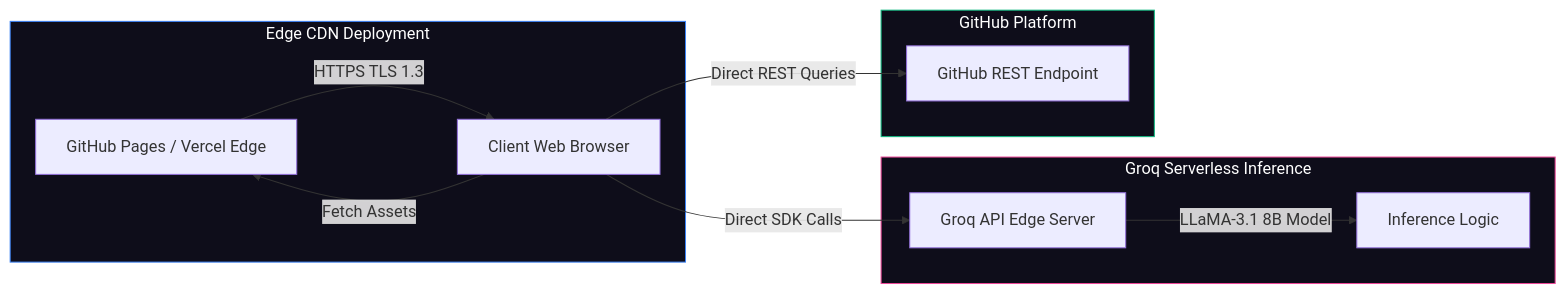
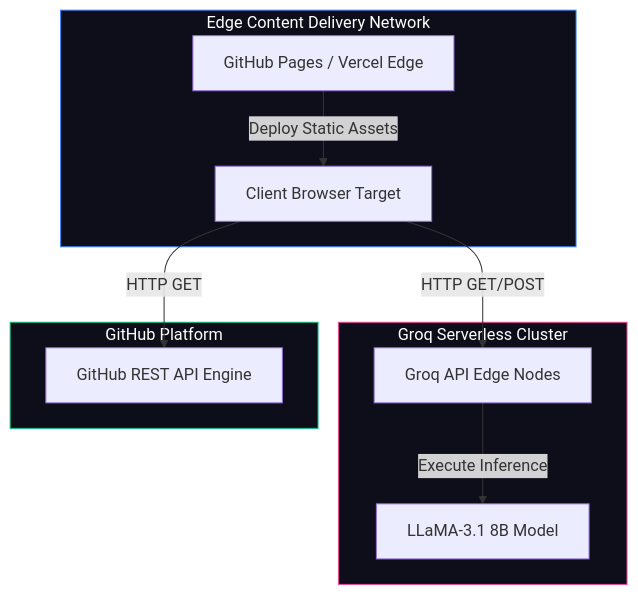
Before and after one commit to ChiragSharma-DEV/CareerLaunch-AI: the sixth of 11 diagrams in README.md, drawn with Mermaid. The commit also changed other lines of this file and 1 other file, not shown here.

Commit message:
docs: upgrade README to ultra-premium design with expanded system architecture diagrams

````diff
--- a/README.md
+++ b/README.md
@@ -231,22 +237,21 @@
 ```mermaid
-graph LR
-    subgraph CloudHosting ["Edge CDN Deployment"]
-        A[GitHub Pages / Vercel Edge] -->|HTTPS TLS 1.3| B[Client Web Browser]
+graph TD
+    subgraph Hosting ["Edge Content Delivery Network"]
+        CDN[GitHub Pages / Vercel Edge] -->|Deploy Static Assets| Edge[Client Browser Target]
     end
     
-    subgraph LLMCloud ["Groq Serverless Inference"]
-        C[Groq API Edge Server] -->|LLaMA-3.1 8B Model| D[Inference Logic]
+    subgraph AICloud ["Groq Serverless Cluster"]
+        Engine[Groq API Edge Nodes] -->|Execute Inference| LLaMA[LLaMA-3.1 8B Model]
     end
 
-    subgraph GithubCloud ["GitHub Platform"]
-        E[GitHub REST Endpoint]
+    subgraph PlatformCloud ["GitHub Platform"]
+        GitAPI[GitHub REST API Engine]
     end
 
-    B -->|Fetch Assets| A
-    B -->|Direct SDK Calls| C
-    B -->|Direct REST Queries| E
+    Edge -->|HTTP GET/POST| Engine
+    Edge -->|HTTP GET| GitAPI
 
-    style CloudHosting fill:#0e0d1a,stroke:#3b82f6,color:#fff
-    style LLMCloud fill:#0e0d1a,stroke:#ec4899,color:#fff
-    style GithubCloud fill:#0e0d1a,stroke:#10b981,color:#fff
+    style Hosting fill:#0e0d1a,stroke:#3b82f6,color:#fff
+    style AICloud fill:#0e0d1a,stroke:#ec4899,color:#fff
+    style PlatformCloud fill:#0e0d1a,stroke:#10b981,color:#fff
 ```
````
